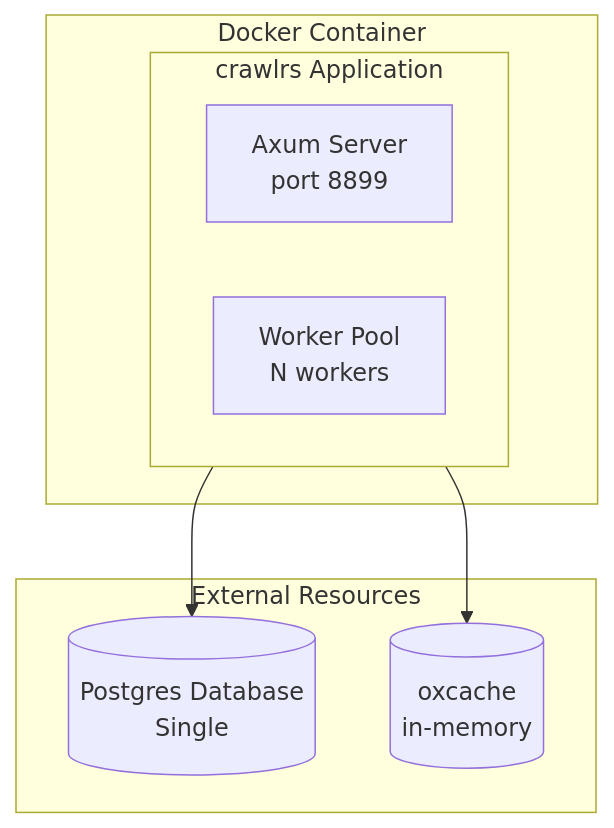
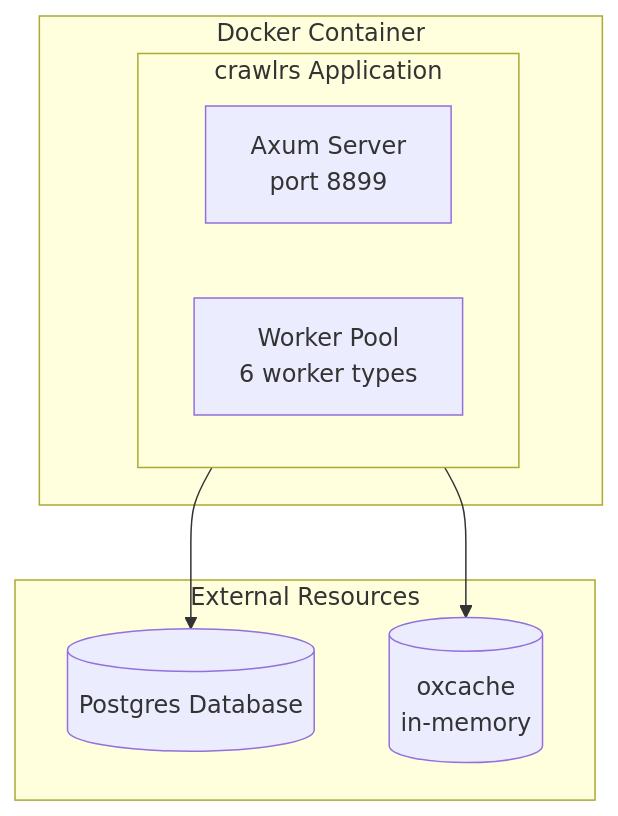
One commit to Kirky-X/crawlrs changed the sixth of 8 diagrams in docs/ARCHITECTURE.md. Above: the diagram before and after it, drawn with Mermaid. The commit also changed other lines of this file and 23 other files, not shown here.

````diff
--- a/docs/ARCHITECTURE.md
+++ b/docs/ARCHITECTURE.md
@@ -1311,17 +1145,17 @@
 ```mermaid
 flowchart TB
     subgraph Container [Docker Container]
         subgraph App [crawlrs Application]
             S1[Axum Server<br/>port 8899]
-            S2[Worker Pool<br/>N workers]
+            S2[Worker Pool<br/>6 worker types]
         end
     end
 
     subgraph Resources [External Resources]
-        DB[(Postgres Database<br/>Single)]
+        DB[(Postgres Database)]
         RC[(oxcache<br/>in-memory)]
     end
 
     App --> DB
     App --> RC
 ```
````
